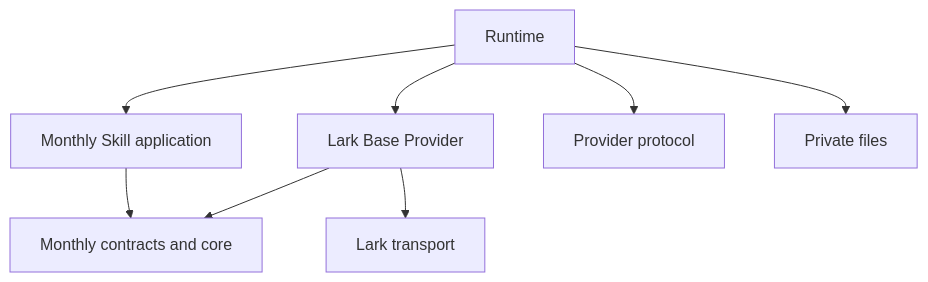
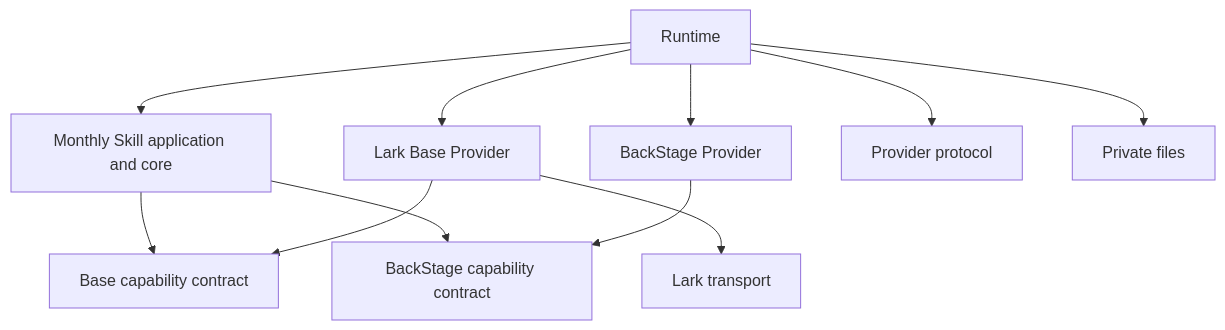
Before and after one commit to flair-agency/live-agency: the diagram in docs/architecture/overview.md, drawn with Mermaid. The commit also changed other lines of this file and 11 other files, not shown here.

Commit message:
Adopt Provider-owned contracts and verify independent package boundaries

````diff
--- a/docs/architecture/overview.md
+++ b/docs/architecture/overview.md
@@ -41,10 +50,13 @@
 ```mermaid
 flowchart TB
-  Runtime --> Application[Monthly Skill application]
-  Application --> Contract[Monthly contracts and core]
+  Runtime --> Monthly[Monthly Skill application and core]
   Runtime --> Base[Lark Base Provider]
-  Base --> Contract
+  Runtime --> Source[BackStage Provider]
+  Monthly --> BC[Base capability contract]
+  Monthly --> SC[BackStage capability contract]
+  Base --> BC
+  Source --> SC
   Base --> Transport[Lark transport]
   Runtime --> Protocol[Provider protocol]
   Runtime --> Files[Private files]
 ```
````
